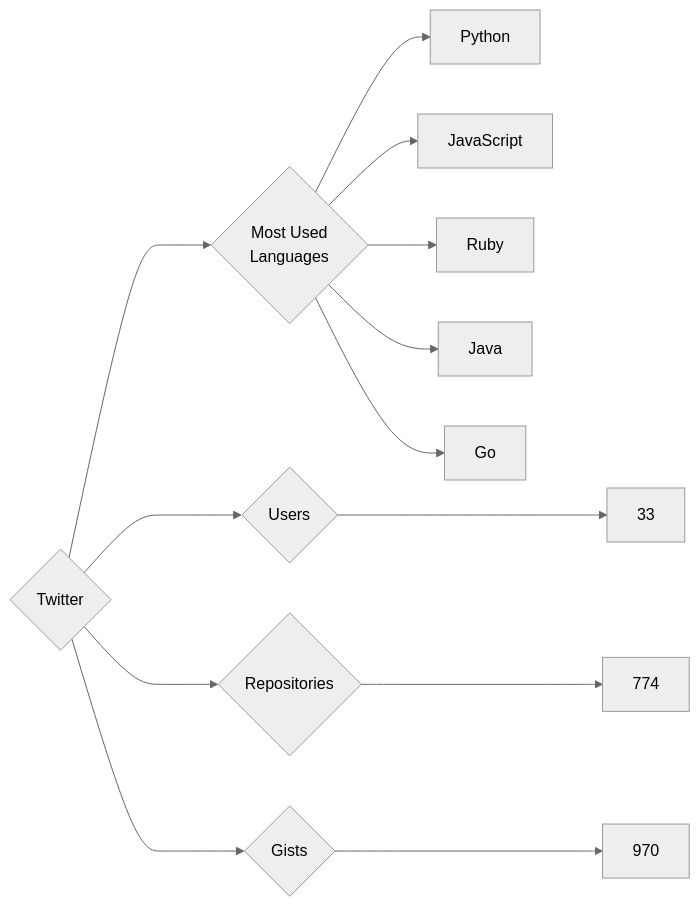
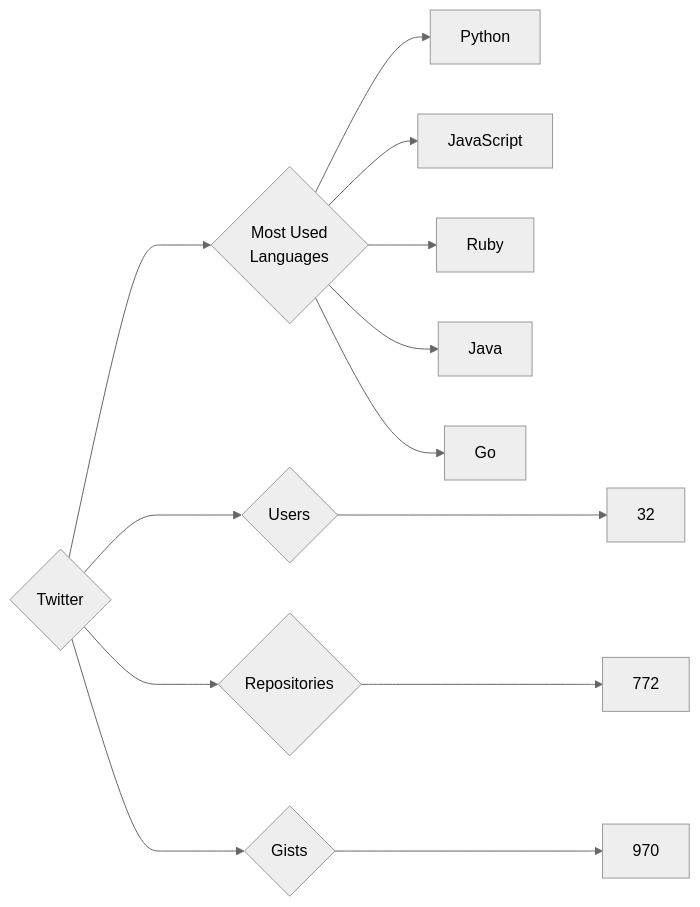
One commit to trickest/insiders changed the diagram in targets/Twitter/README.md. Above: the diagram before and after it, drawn with Mermaid (neutral theme). The commit also changed 860 other files, not shown here.

````diff
--- a/targets/Twitter/README.md
+++ b/targets/Twitter/README.md
@@ -3,13 +3,13 @@
 ```mermaid
 graph LR
 COMPANY_NAME{Twitter}
-COMPANY_NAME ---> U{Users} ---> UN[33]
-COMPANY_NAME ---> R{Repositories} ---> RN[774]
+COMPANY_NAME ---> U{Users} ---> UN[32]
+COMPANY_NAME ---> R{Repositories} ---> RN[772]
 COMPANY_NAME ---> G{Gists} ---> GN[970]
 COMPANY_NAME ---> ML{Most Used<br>Languages}
 ML --> Python[Python]
 ML --> JavaScript[JavaScript]
 ML --> Ruby[Ruby]
 ML --> Java[Java]
 ML --> Go[Go]
 ```
````
